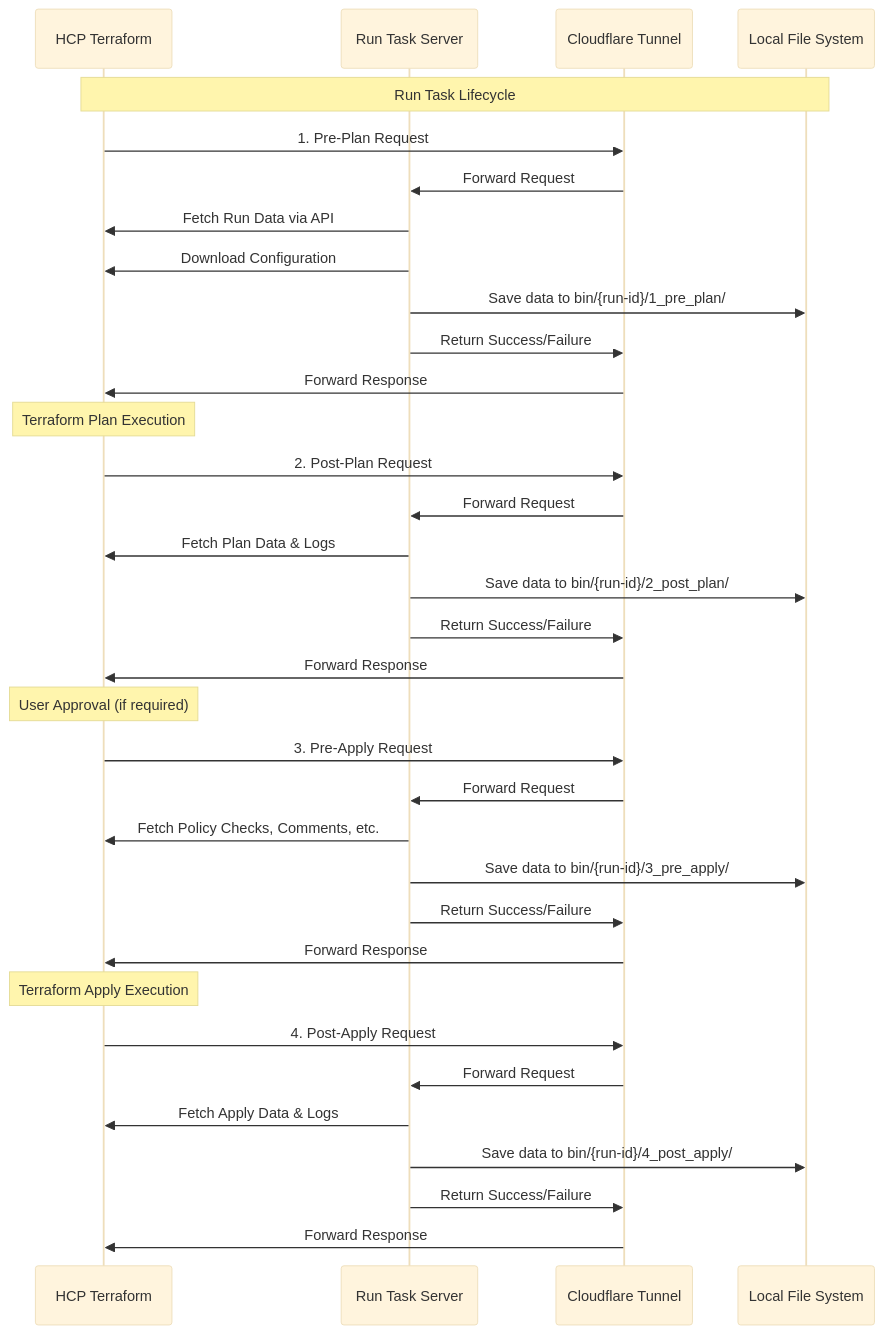
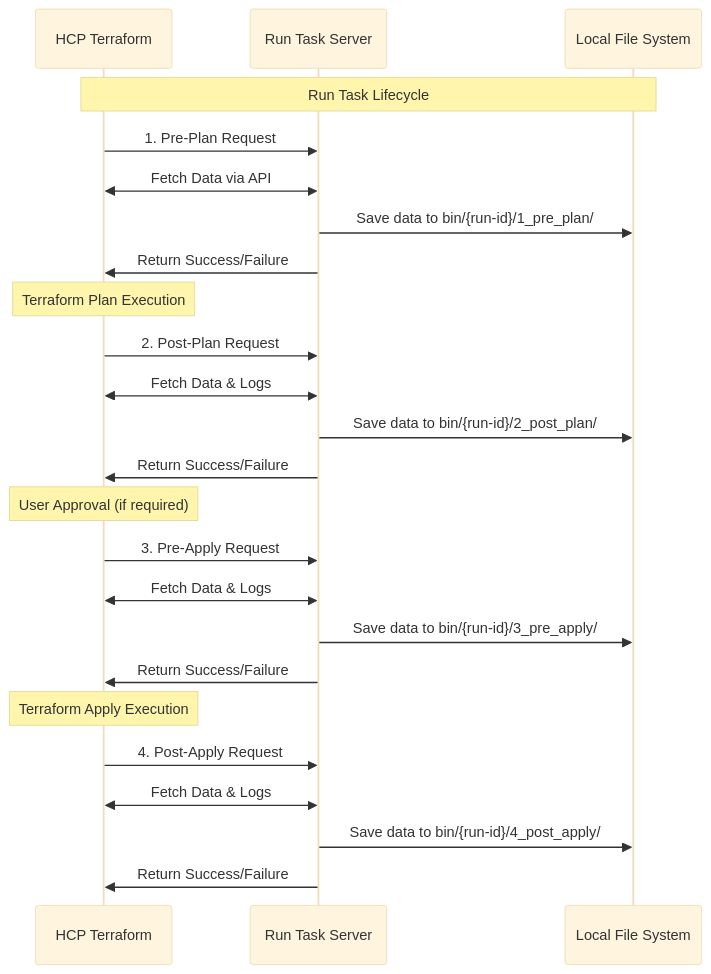
One commit to straubt1/terraform-run-task changed the diagram in README.md. Above: the diagram before and after it, drawn with Mermaid (base theme).

Commit message:
Fixed Mermaid diagram

````diff
--- a/README.md
+++ b/README.md
@@ -16,44 +16,34 @@
 ```mermaid
 sequenceDiagram
     participant TF as HCP Terraform
     participant RT as Run Task Server
-    participant CF as Cloudflare Tunnel
     participant FS as Local File System
 
     Note over TF,FS: Run Task Lifecycle
     
-    TF->>CF: 1. Pre-Plan Request
-    CF->>RT: Forward Request
-    RT->>TF: Fetch Run Data via API
-    RT->>TF: Download Configuration
+    TF->>RT: 1. Pre-Plan Request
+    RT<<->>TF: Fetch Data via API
     RT->>FS: Save data to bin/{run-id}/1_pre_plan/
-    RT->>CF: Return Success/Failure
-    CF->>TF: Forward Response
+    RT->>TF: Return Success/Failure
     
     Note over TF: Terraform Plan Execution
-    
-    TF->>CF: 2. Post-Plan Request
-    CF->>RT: Forward Request
-    RT->>TF: Fetch Plan Data & Logs
+
+    TF->>RT: 2. Post-Plan Request
+    RT<<->>TF: Fetch Data & Logs
     RT->>FS: Save data to bin/{run-id}/2_post_plan/
-    RT->>CF: Return Success/Failure
-    CF->>TF: Forward Response
+    RT->>TF: Return Success/Failure
     
     Note over TF: User Approval (if required)
-    
-    TF->>CF: 3. Pre-Apply Request
-    CF->>RT: Forward Request
-    RT->>TF: Fetch Policy Checks, Comments, etc.
+
+    TF->>RT: 3. Pre-Apply Request
+    RT<<->>TF: Fetch Data & Logs
     RT->>FS: Save data to bin/{run-id}/3_pre_apply/
-    RT->>CF: Return Success/Failure
-    CF->>TF: Forward Response
-    
+    RT->>TF: Return Success/Failure
+
     Note over TF: Terraform Apply Execution
-    
-    TF->>CF: 4. Post-Apply Request
-    CF->>RT: Forward Request
-    RT->>TF: Fetch Apply Data & Logs
+
+    TF->>RT: 4. Post-Apply Request
+    RT<<->>TF: Fetch Data & Logs
     RT->>FS: Save data to bin/{run-id}/4_post_apply/
-    RT->>CF: Return Success/Failure
-    CF->>TF: Forward Response
+    RT->>TF: Return Success/Failure
 ```
````
